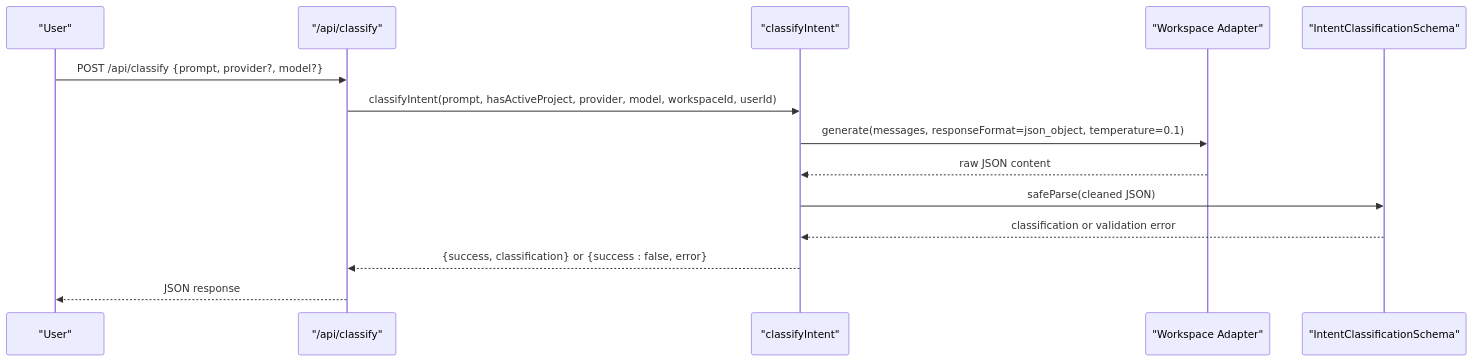
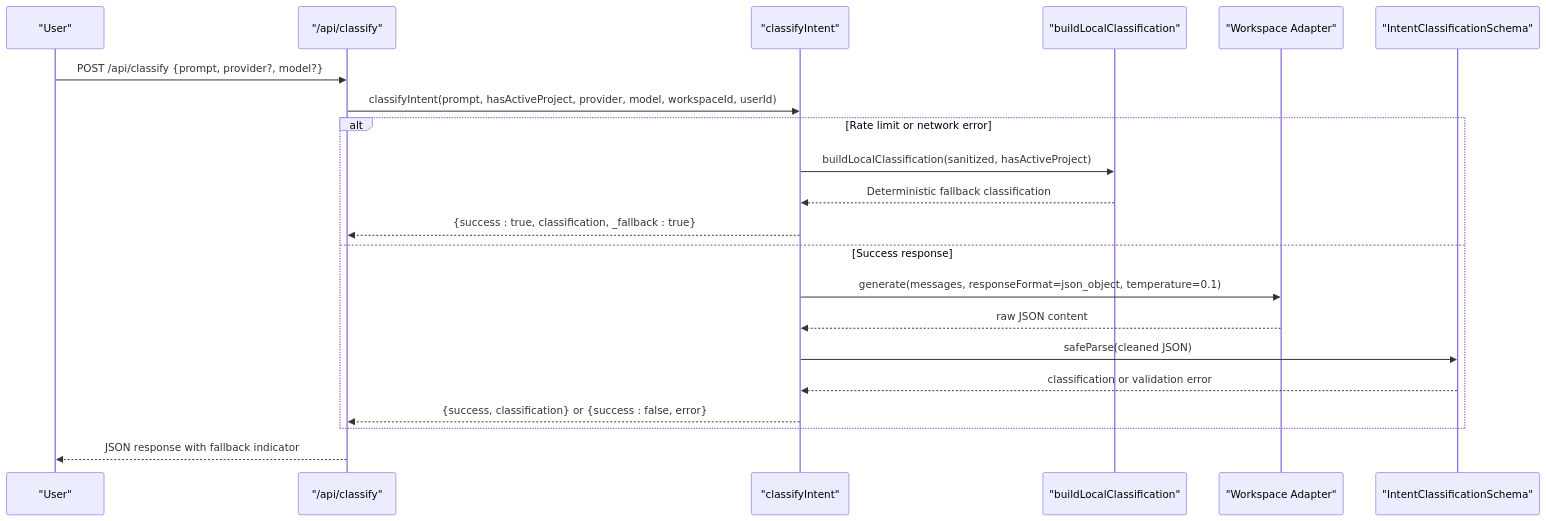
Before and after one commit to shekhargiri005-dotcom/AI-powered-accessibility-first-UI-engine: the second of 10 diagrams in .qoder/repowiki/en/content/AI Generation Engine/Core Generation Pipeline/Intent Processing & Blueprint Selection.md, drawn with Mermaid. The commit also changed other lines of this file and 71 other files, not shown here.

````diff
--- a/.qoder/repowiki/en/content/AI Generation Engine/Core Generation Pipeline/Intent Processing & Blueprint Selection.md
+++ b/.qoder/repowiki/en/content/AI Generation Engine/Core Generation Pipeline/Intent Processing & Blueprint Selection.md
@@ -99,16 +100,23 @@
 ```mermaid
 sequenceDiagram
 participant U as "User"
 participant API as "/api/classify"
 participant CL as "classifyIntent"
+participant LF as "buildLocalClassification"
 participant AD as "Workspace Adapter"
 participant SC as "IntentClassificationSchema"
 U->>API : POST /api/classify {prompt, provider?, model?}
 API->>CL : classifyIntent(prompt, hasActiveProject, provider, model, workspaceId, userId)
+alt Rate limit or network error
+CL->>LF : buildLocalClassification(sanitized, hasActiveProject)
+LF-->>CL : Deterministic fallback classification
+CL-->>API : {success : true, classification, _fallback : true}
+else Success response
 CL->>AD : generate(messages, responseFormat=json_object, temperature=0.1)
 AD-->>CL : raw JSON content
 CL->>SC : safeParse(cleaned JSON)
 SC-->>CL : classification or validation error
 CL-->>API : {success, classification} or {success : false, error}
-API-->>U : JSON response
+end
+API-->>U : JSON response with fallback indicator
 ```
````
